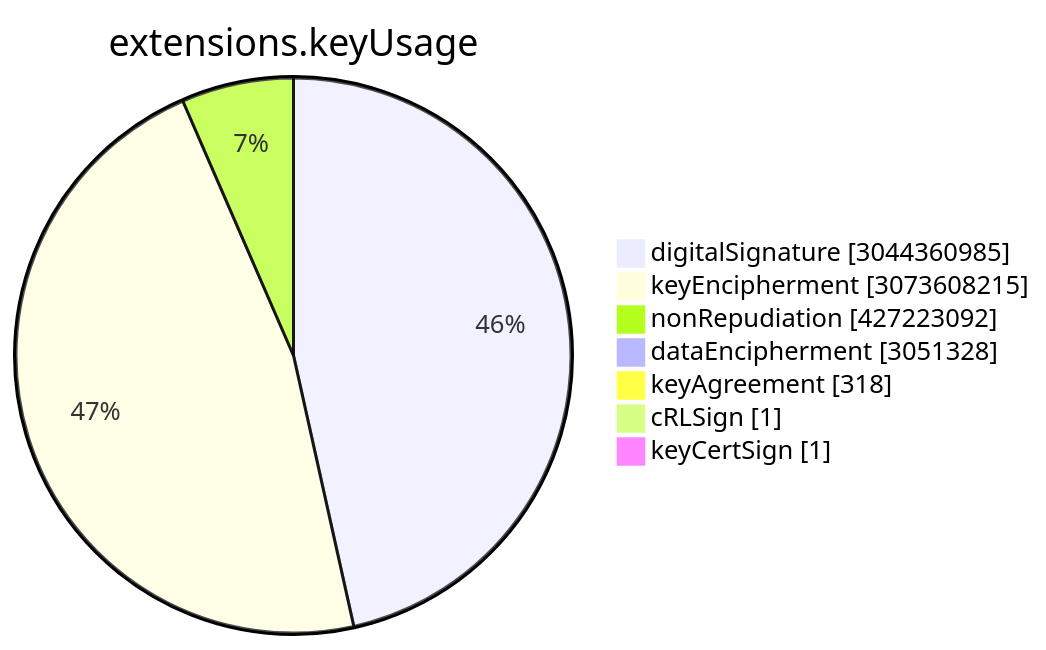
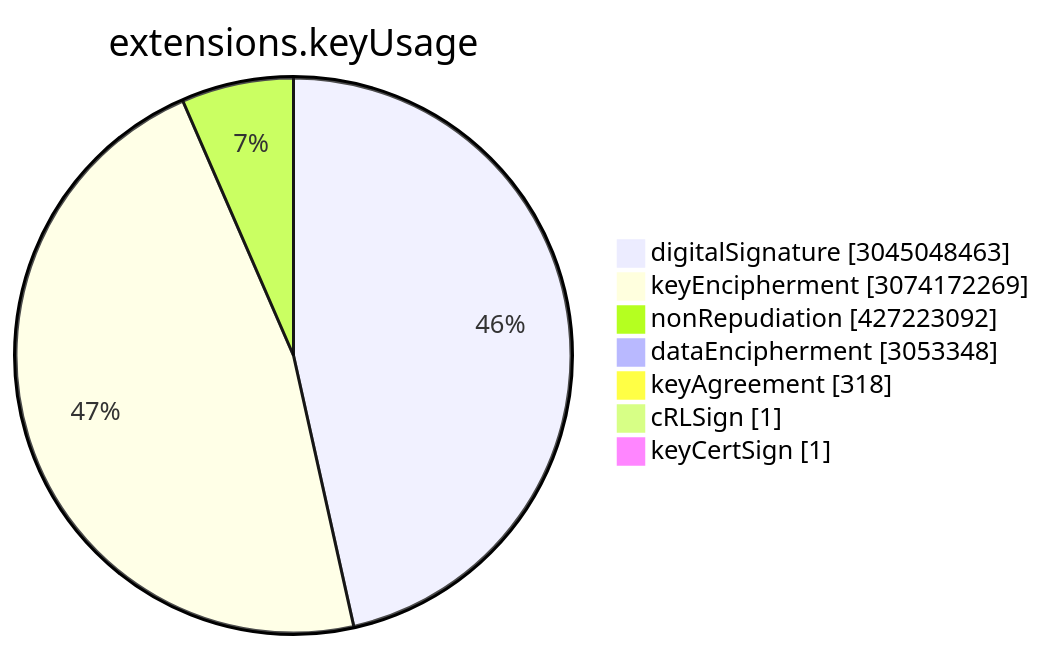
One commit to christiankrug/ctmonitor_visualization changed the sixth of 15 diagrams in TOTAL/README.md. Above: the diagram before and after it, drawn with Mermaid. The commit also changed other lines of this file, not shown here.

````diff
--- a/TOTAL/README.md
+++ b/TOTAL/README.md
@@ -3075,11 +3075,11 @@
 ```mermaid
 pie showData
 title extensions.keyUsage
-"digitalSignature" :3044360985
-"keyEncipherment" :3073608215
+"digitalSignature" :3045048463
+"keyEncipherment" :3074172269
 "nonRepudiation" :427223092
-"dataEncipherment" :3051328
+"dataEncipherment" :3053348
 "keyAgreement" :318
 "cRLSign" :1
 "keyCertSign" :1
 ```
````
